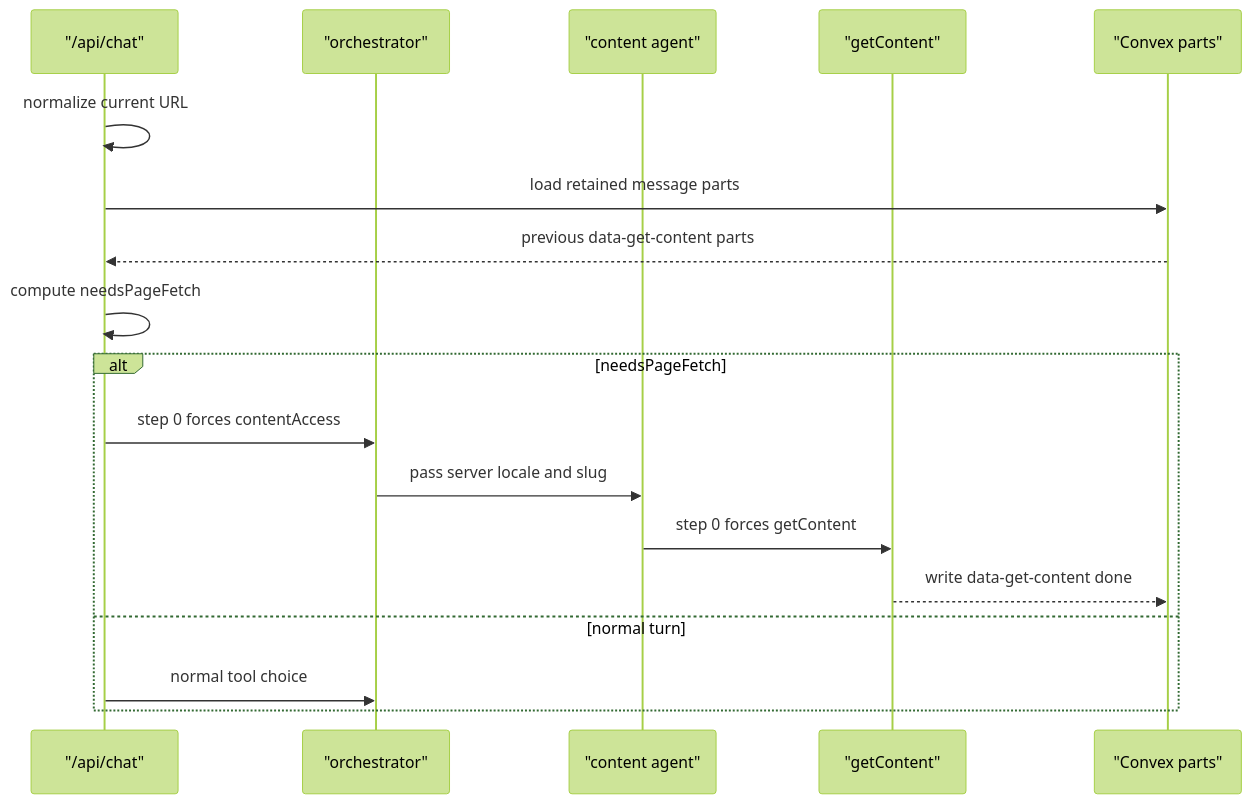
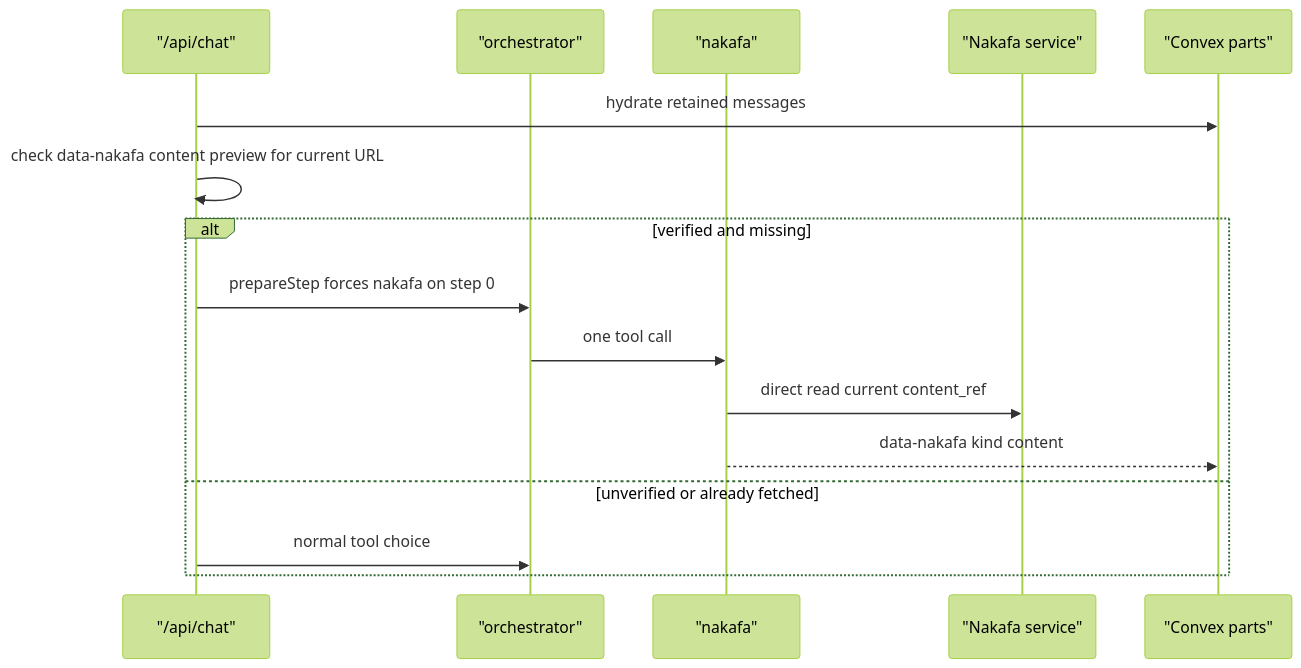
The second of 2 diagrams in packages/ai/agents/docs/architecture.md (nakafaai/nakafa.com), drawn with Mermaid (forest theme) before and after one commit. The commit also changed other lines of this file and 81 other files, not shown here.

First line of the commit message:
Add Nakafa agent/service and replace content

````diff
--- a/packages/ai/agents/docs/architecture.md
+++ b/packages/ai/agents/docs/architecture.md
@@ -98,22 +29,19 @@
 ```mermaid
 sequenceDiagram
-    participant Route as "/api/chat"
-    participant Main as "orchestrator"
-    participant Content as "content agent"
-    participant Tool as "getContent"
-    participant Convex as "Convex parts"
+  participant Route as "/api/chat"
+  participant Main as "orchestrator"
+  participant Tool as "nakafa"
+  participant Service as "Nakafa service"
+  participant Convex as "Convex parts"
 
-    Route->>Route: normalize current URL
-    Route->>Convex: load retained message parts
-    Convex-->>Route: previous data-get-content parts
-    Route->>Route: compute needsPageFetch
-
-    alt needsPageFetch
-        Route->>Main: step 0 forces contentAccess
-        Main->>Content: pass server locale and slug
-        Content->>Tool: step 0 forces getContent
-        Tool-->>Convex: write data-get-content done
-    else normal turn
-        Route->>Main: normal tool choice
-    end
+  Route->>Convex: hydrate retained messages
+  Route->>Route: check data-nakafa content preview for current URL
+  alt verified and missing
+    Route->>Main: prepareStep forces nakafa on step 0
+    Main->>Tool: one tool call
+    Tool->>Service: direct read current content_ref
+    Tool-->>Convex: data-nakafa kind content
+  else unverified or already fetched
+    Route->>Main: normal tool choice
+  end
 ```
````
